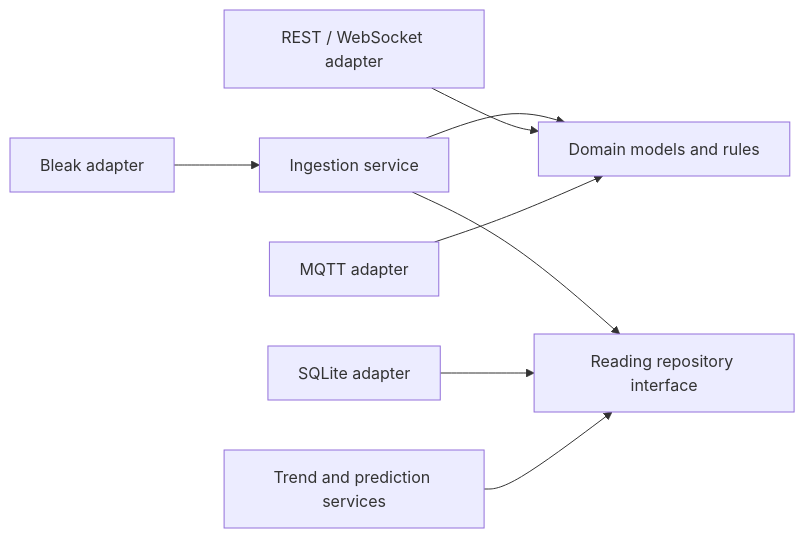
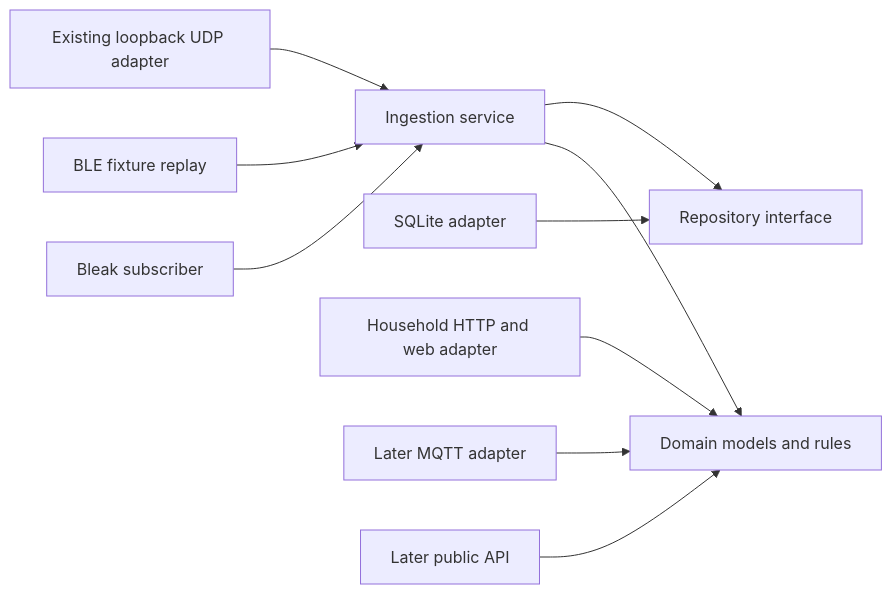
One commit to keefo/open-plant-pulse changed the second of 2 diagrams in docs/architecture.md. Above: the diagram before and after it, drawn with Mermaid. The commit also changed other lines of this file and 11 other files, not shown here.

First line of the commit message:
Update documentation for BLE ingestion, device configuration, and bench results

````diff
--- a/docs/architecture.md
+++ b/docs/architecture.md
@@ -49,10 +60,12 @@
 ```mermaid
 flowchart LR
-        BLE[Bleak adapter] --> Ingest[Ingestion service]
-        Ingest --> Domain[Domain models and rules]
-        Ingest --> Repo[Reading repository interface]
-        SQLite[SQLite adapter] --> Repo
-        HTTP[REST / WebSocket adapter] --> Domain
-        MQTT[MQTT adapter] --> Domain
-        Analytics[Trend and prediction services] --> Repo
+    Bleak[Bleak subscriber] --> Ingest[Ingestion service]
+    Replay[BLE fixture replay] --> Ingest
+    UDP[Existing loopback UDP adapter] --> Ingest
+    Ingest --> Domain[Domain models and rules]
+    Ingest --> Repo[Repository interface]
+    SQLite[SQLite adapter] --> Repo
+    Web[Household HTTP and web adapter] --> Domain
+    MQTT[Later MQTT adapter] --> Domain
+    PublicAPI[Later public API] --> Domain
 ```
````
